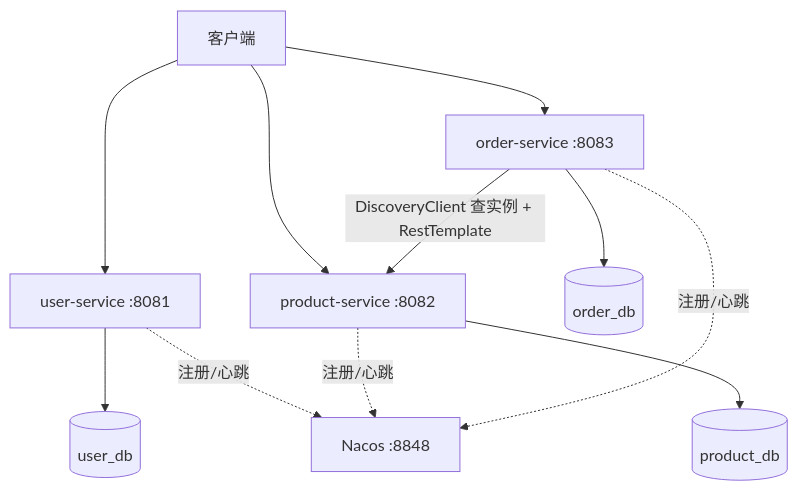
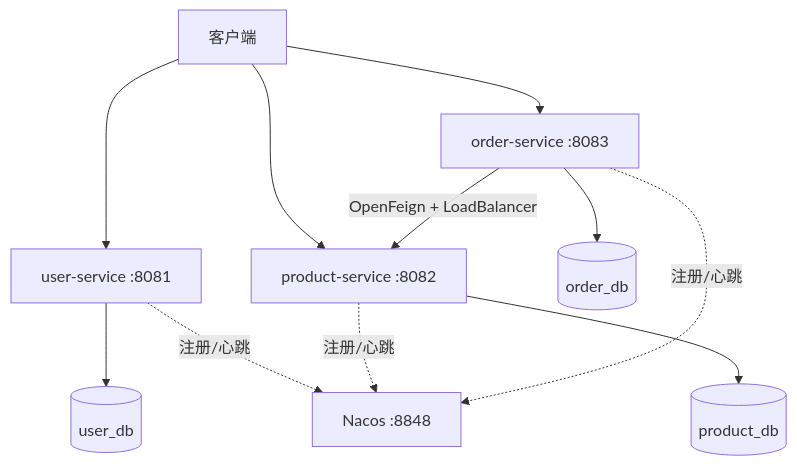
The diagram in README.md (m0nar1za/microservices-practice-2412190634), drawn with Mermaid before and after one commit. The commit also changed other lines of this file and 27 other files, not shown here.

Commit message:
feat: 完成 week-08 服务通信、OpenFeign 与负载均衡

````diff
--- a/README.md
+++ b/README.md
@@ -34,16 +34,16 @@
 ```mermaid
 graph TD
     Client[客户端] --> User[user-service :8081]
     Client --> Product[product-service :8082]
     Client --> Order[order-service :8083]
 
-    Order -->|DiscoveryClient 查实例 + RestTemplate| Product
+    Order -->|OpenFeign + LoadBalancer| Product
 
     User --> UserDB[(user_db)]
     Product --> ProductDB[(product_db)]
     Order --> OrderDB[(order_db)]
 
     User -.注册/心跳.-> Nacos[Nacos :8848]
     Product -.注册/心跳.-> Nacos
     Order -.注册/心跳.-> Nacos
 ```
````
